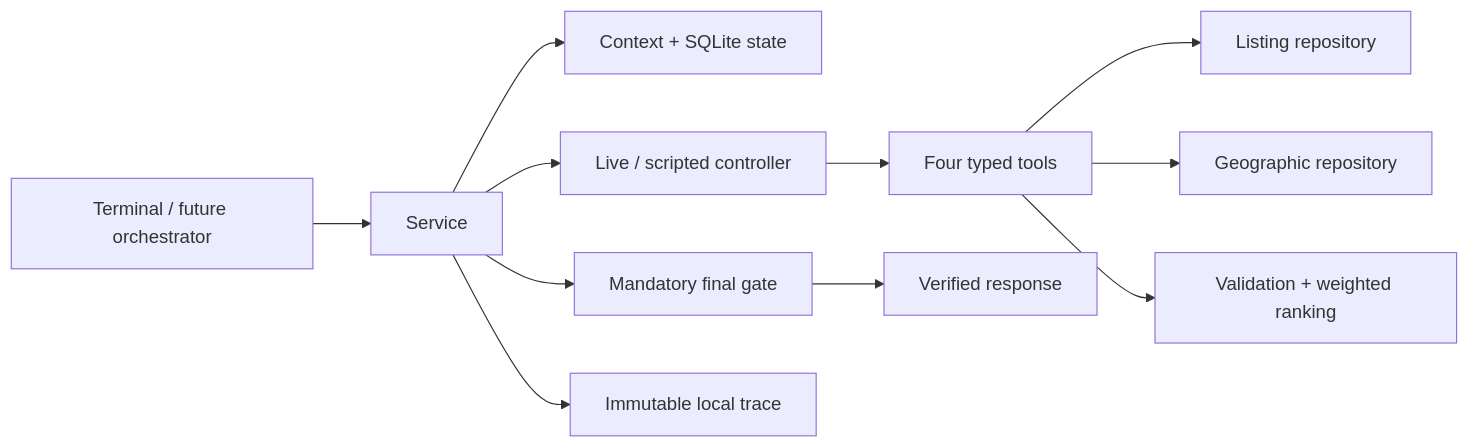
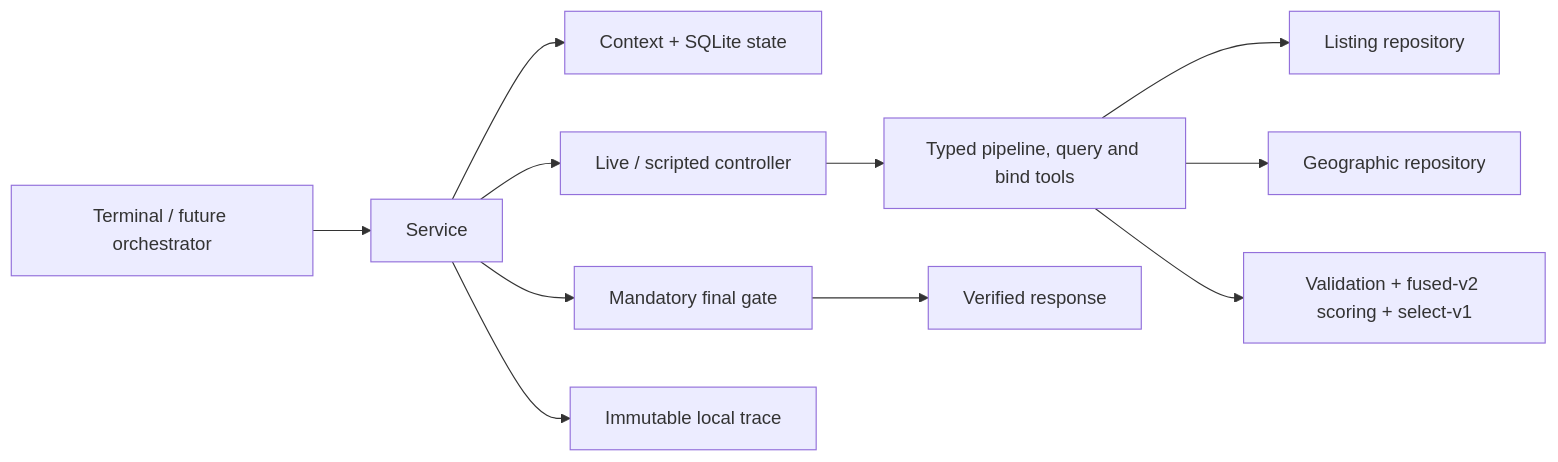
Before and after one commit to zhexusun10/Multi-Agent-Assistance-System: the diagram in recommendation/README.md, drawn with Mermaid. The commit also changed other lines of this file and 206 other files, not shown here.

````diff
--- a/recommendation/README.md
+++ b/recommendation/README.md
@@ -102,13 +104,13 @@
 ```mermaid
 flowchart LR
   Caller[Terminal / future orchestrator] --> Service
   Service --> Context[Context + SQLite state]
   Service --> Controller[Live / scripted controller]
-  Controller --> Tools[Four typed tools]
+  Controller --> Tools[Typed pipeline, query and bind tools]
   Tools --> SQL[Listing repository]
   Tools --> KG[Geographic repository]
-  Tools --> Rules[Validation + weighted ranking]
+  Tools --> Rules[Validation + fused-v2 scoring + select-v1]
   Service --> Gate[Mandatory final gate]
   Gate --> Response[Verified response]
   Service --> Trace[Immutable local trace]
 ```
````
